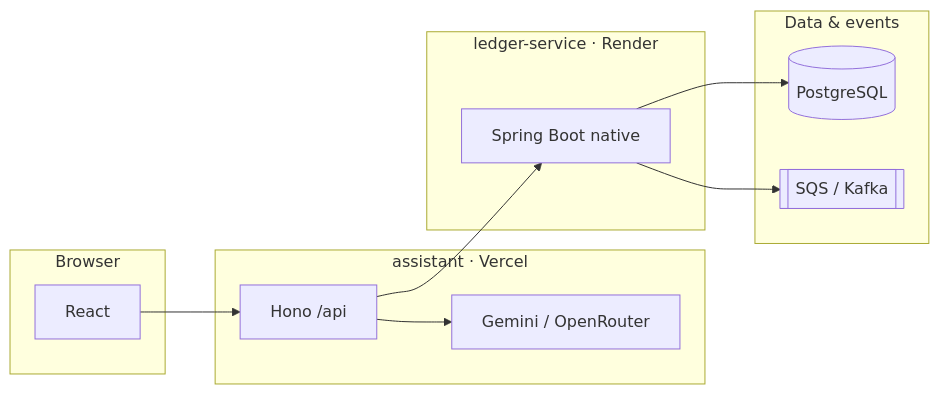
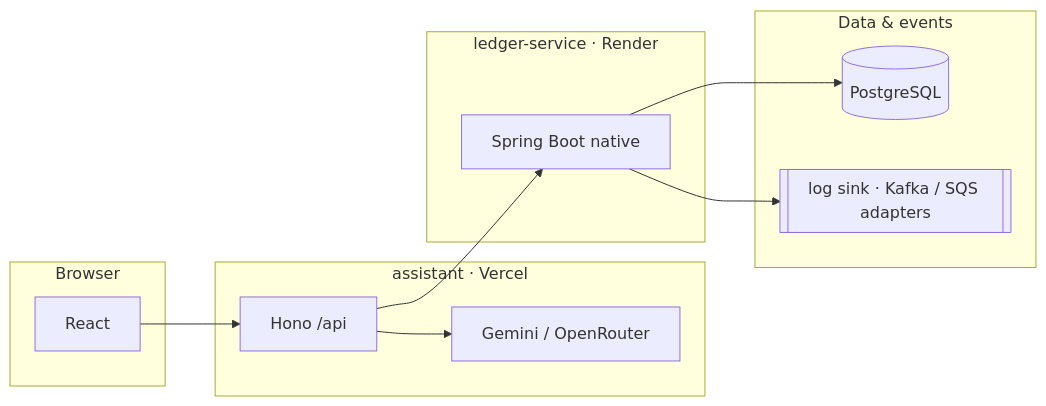
The second of 2 diagrams in README.md (developer-az/p2p-ledger), drawn with Mermaid before and after one commit. The commit also changed other lines of this file and 3 other files, not shown here.

````diff
--- a/README.md
+++ b/README.md
@@ -78,22 +89,22 @@
 ```mermaid
 flowchart LR
   subgraph client["Browser"]
     UI[React]
   end
   subgraph vercel["assistant · Vercel"]
     API[Hono /api]
     LLM[Gemini / OpenRouter]
   end
   subgraph render["ledger-service · Render"]
     JVM[Spring Boot native]
   end
   subgraph data["Data & events"]
     PG[(PostgreSQL)]
-    Q[[SQS / Kafka]]
+    Q[[log sink · Kafka / SQS adapters]]
   end
   UI --> API
   API --> JVM
   API --> LLM
   JVM --> PG
   JVM --> Q
 ```
````
